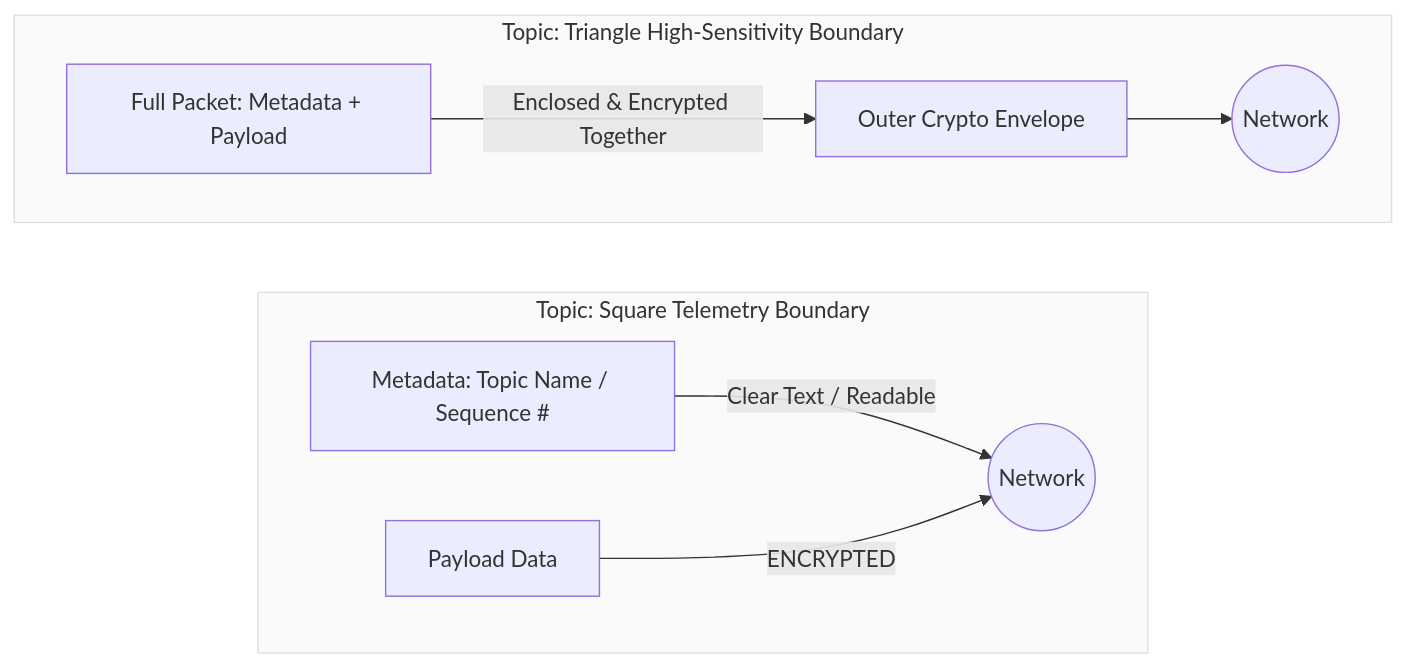
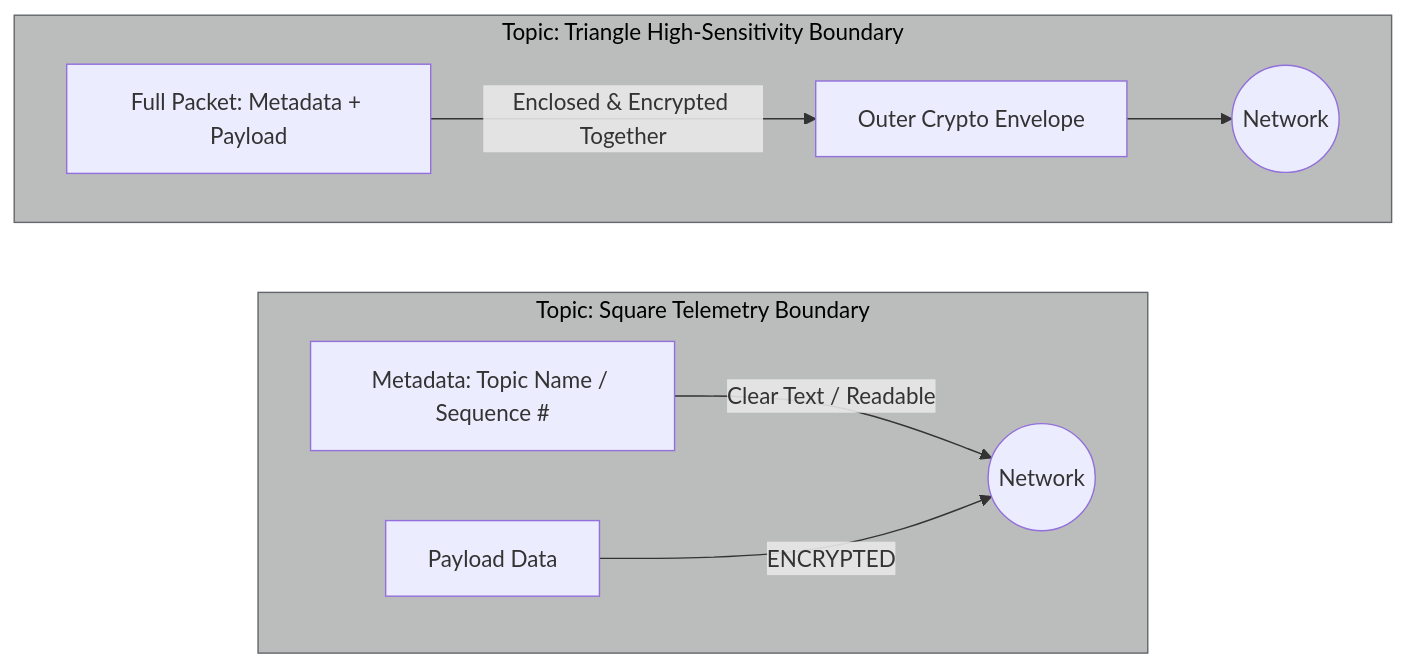
One commit to ajmhs/connext_appliance changed the fifth of 6 diagrams in examples/4. Security/README.md. Above: the diagram before and after it, drawn with Mermaid. The commit also changed other lines of this file and 8 other files, not shown here.

````diff
--- a/examples/4. Security/README.md
+++ b/examples/4. Security/README.md
@@ -116,17 +146,17 @@
 ```mermaid
 graph LR
     subgraph Square_Topic [Topic: Square Telemetry Boundary]
         direction LR
         S_Meta[Metadata: Topic Name / Sequence #] -->|Clear Text / Readable| S_Net((Network))
         S_Pay[Payload Data] -->|ENCRYPTED| S_Net
     end
 
     subgraph Triangle_Topic [Topic: Triangle High-Sensitivity Boundary]
         direction LR
         T_Pack[Full Packet: Metadata + Payload] -->|Enclosed & Encrypted Together| T_Env[Outer Crypto Envelope]
         T_Env --> T_Net((Network))
     end
 
-    style Square_Topic fill:#fafafa,stroke:#dcdfe6
-    style Triangle_Topic fill:#fafafa,stroke:#dcdfe6
+    style Square_Topic fill:#BBBCBC,stroke:#63666A,color:#000
+    style Triangle_Topic fill:#BBBCBC,stroke:#63666A,color:#000
 ```
````
